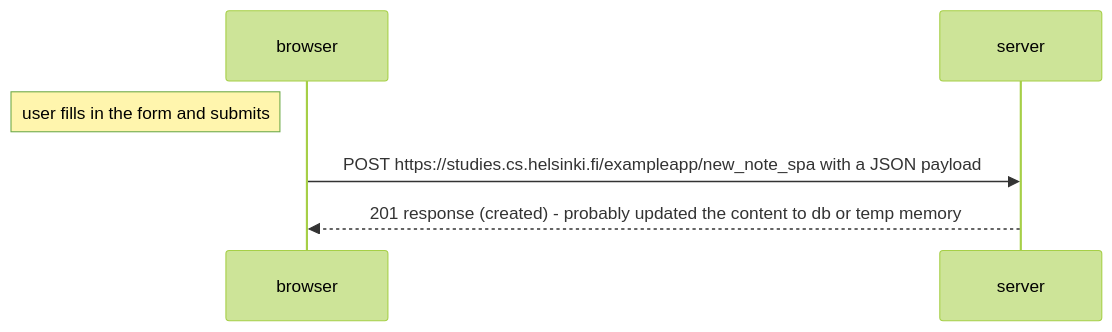
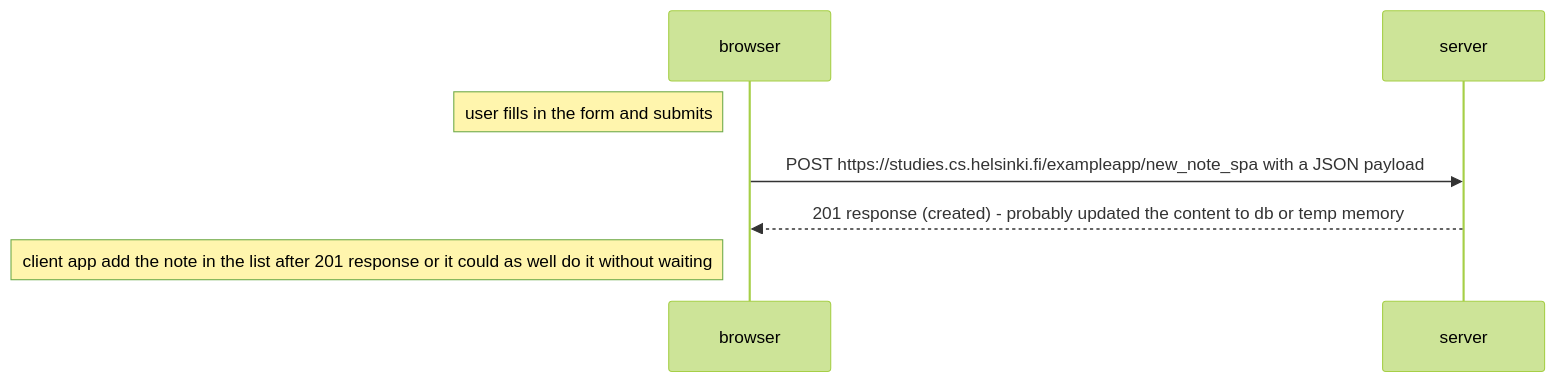
Before and after one commit to gdedany/fullstack-open: the diagram in part0/exercise6.md, drawn with Mermaid (forest theme).

````diff
--- a/part0/exercise6.md
+++ b/part0/exercise6.md
@@ -1,10 +1,10 @@
 ```mermaid
 sequenceDiagram
   participant browser 
   participant server
 
   Note left of browser: user fills in the form and submits
   browser->>server: POST https://studies.cs.helsinki.fi/exampleapp/new_note_spa with a JSON payload
   server-->>browser: 201 response (created) - probably updated the content to db or temp memory
-
+  Note left of browser: client app add the note in the list after 201 response or it could as well do it without waiting
 ```
````
